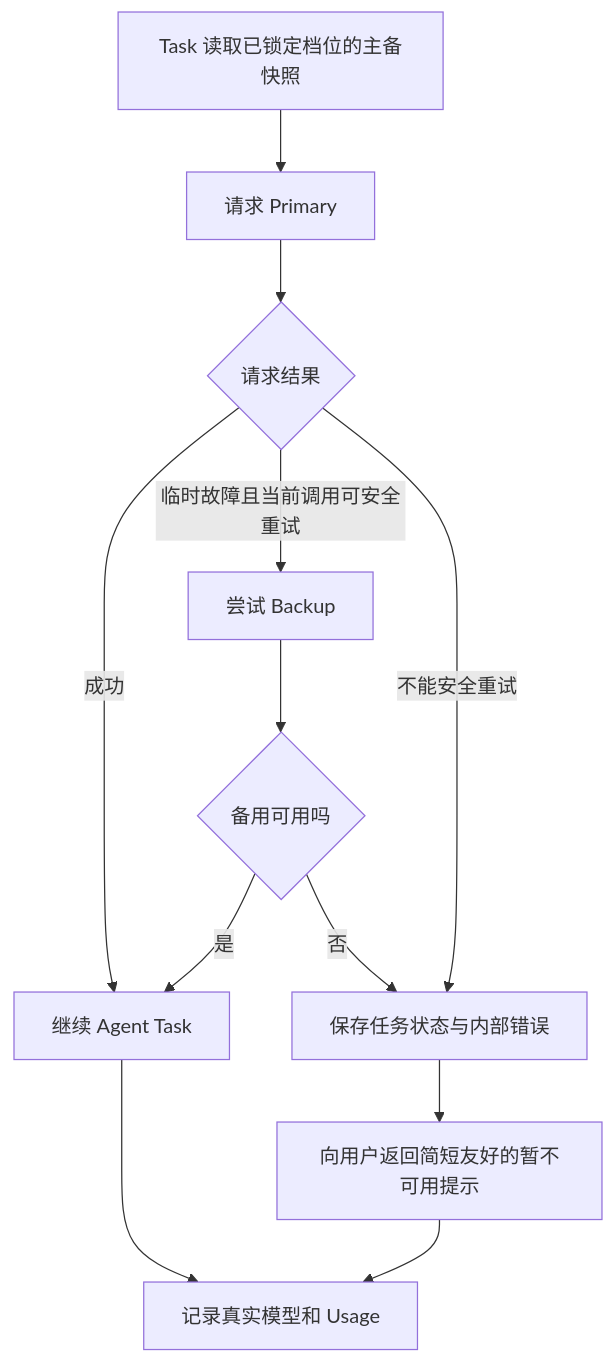
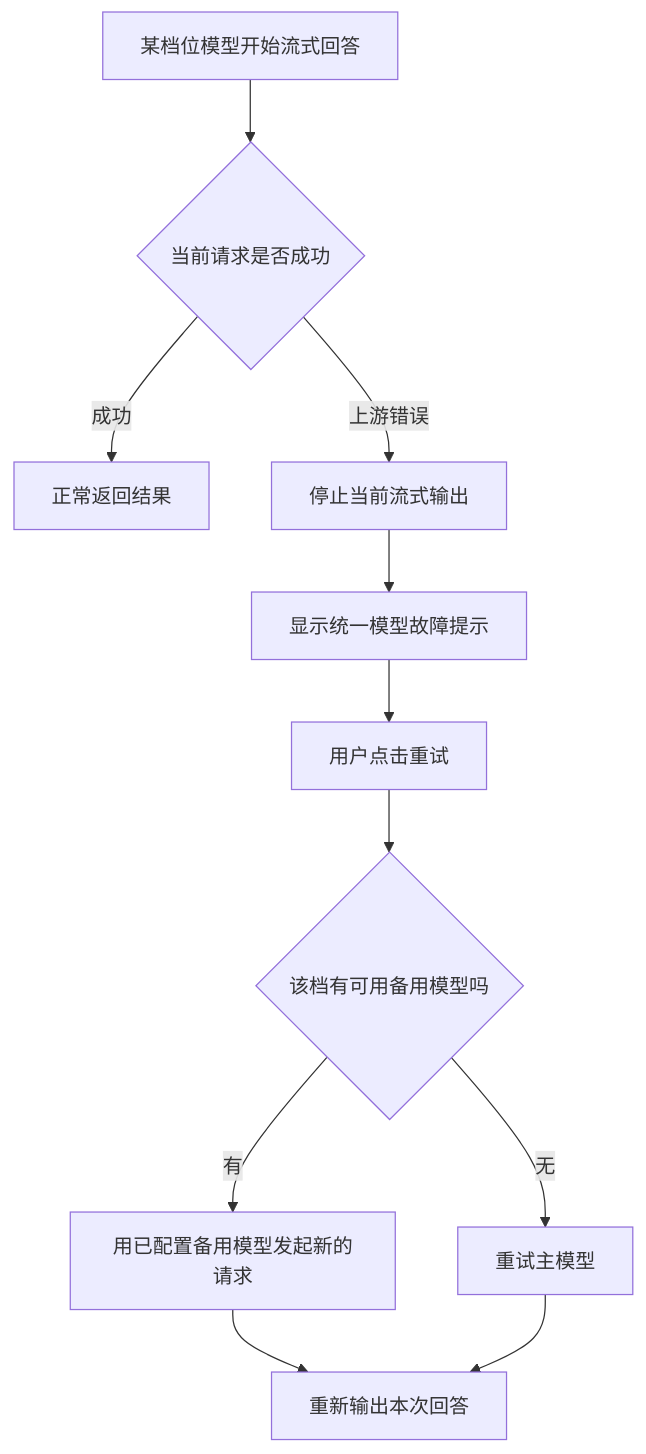
One commit to sxyq/mastergoods changed the second of 3 diagrams in docs/system-design/07-Agent/01-模型提供商与模型配置.md. Above: the diagram before and after it, drawn with Mermaid. The commit also changed other lines of this file, not shown here.

Commit message:
docs(agent): simplify model configuration to user-approved routing, error and nominal-CNY points

```diff
--- a/docs/system-design/07-Agent/01-模型提供商与模型配置.md
+++ b/docs/system-design/07-Agent/01-模型提供商与模型配置.md
@@ -59,14 +50,13 @@
 ~~~mermaid
 flowchart TD
-    A[Task 读取已锁定档位的主备快照] --> B[请求 Primary]
-    B --> C{请求结果}
-    C -->|成功| OK[继续 Agent Task]
-    C -->|临时故障且当前调用可安全重试| BK[尝试 Backup]
-    C -->|不能安全重试| FAIL[保存任务状态与内部错误]
-    BK --> K{备用可用吗}
-    K -->|是| OK
-    K -->|否| FAIL
-    FAIL --> MSG[向用户返回简短友好的暂不可用提示]
-    OK --> USAGE[记录真实模型和 Usage]
-    MSG --> USAGE
+    A[某档位模型开始流式回答] --> B{当前请求是否成功}
+    B -->|成功| C[正常返回结果]
+    B -->|上游错误| D[停止当前流式输出]
+    D --> E[显示统一模型故障提示]
+    E --> F[用户点击重试]
+    F --> G{该档有可用备用模型吗}
+    G -->|有| H[用已配置备用模型发起新的请求]
+    G -->|无| I[重试主模型]
+    H --> J[重新输出本次回答]
+    I --> J
 ~~~
```
